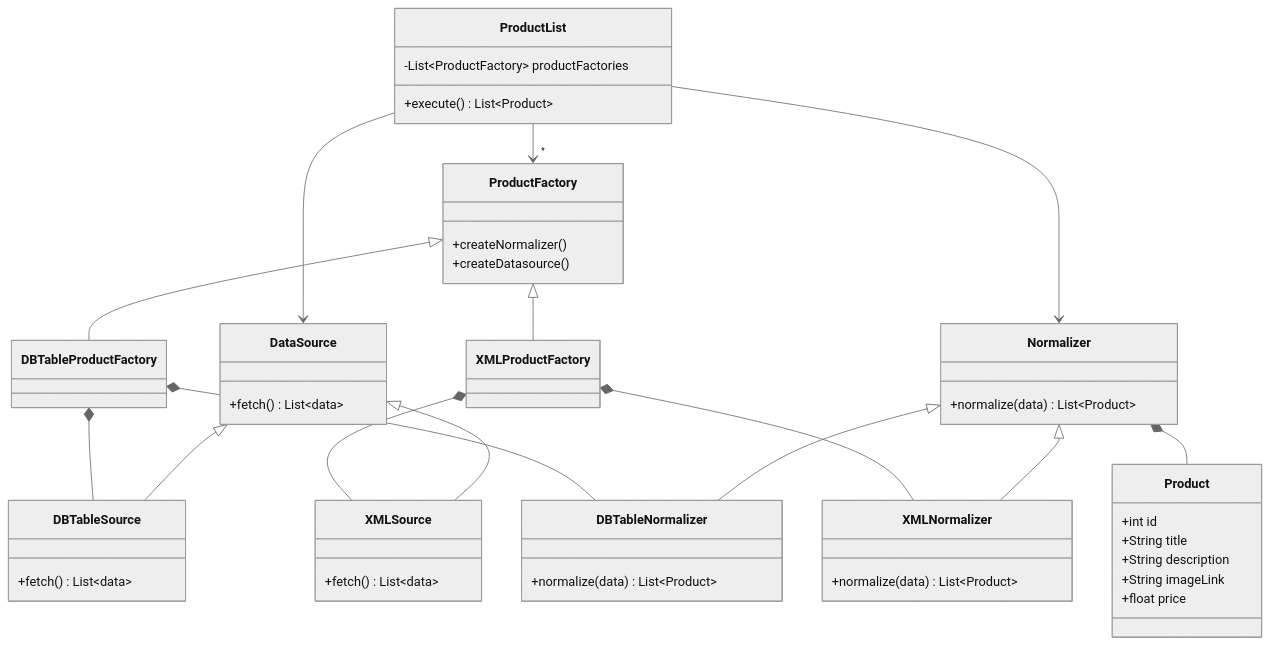
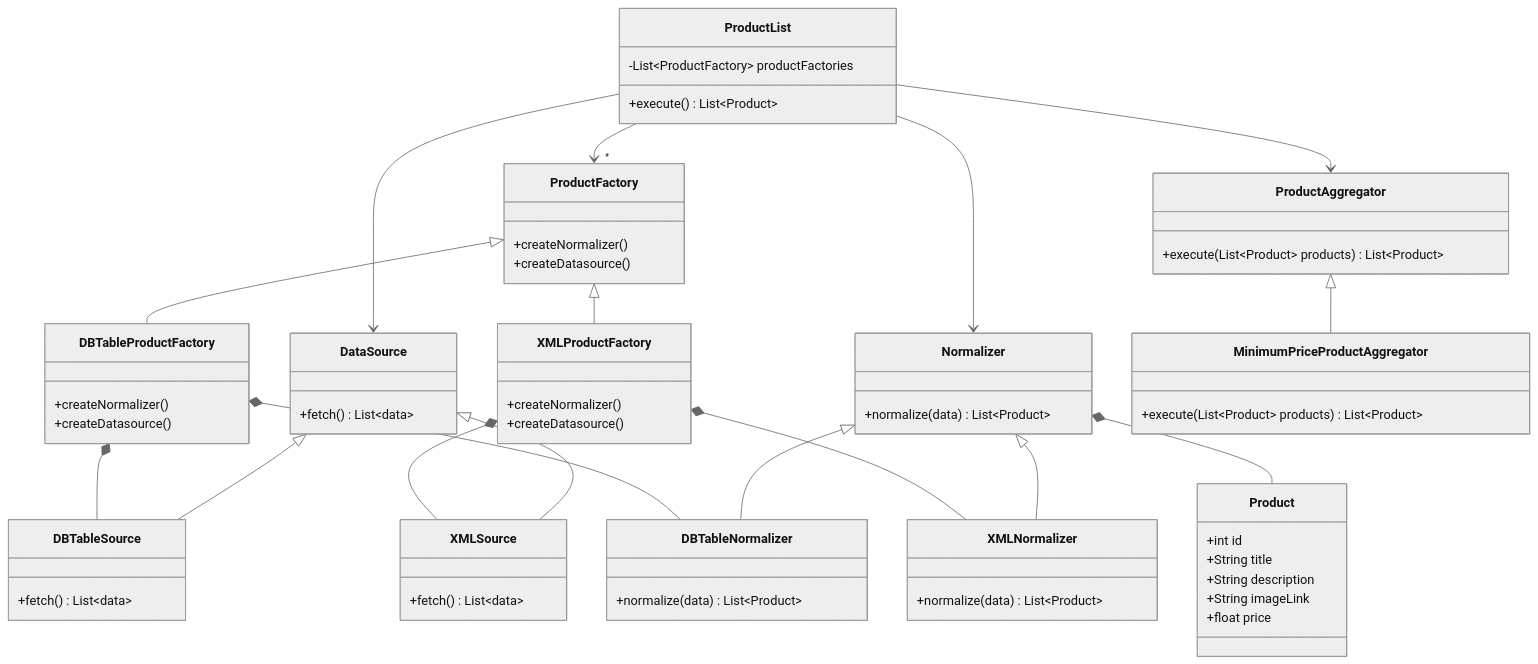
Before and after one commit to mithredate/factory-of-products: the first of 3 diagrams in README.md, drawn with Mermaid (neutral theme). The commit also changed other lines of this file, not shown here.

Commit message:
Support product aggregation

````diff
--- a/README.md
+++ b/README.md
@@ -6,62 +6,82 @@
 ```mermaid
 classDiagram
     class Product {
         +int id
         +String title
         +String description
         +String imageLink
         +float price
     }
 
     class DataSource {
         +fetch() List~data~
     }
 
+    DataSource <|-- DBTableSource
+    DataSource <|-- XMLSource
+
     class DBTableSource {
         +fetch() List~data~
     }
 
     class XMLSource {
         +fetch() List~data~
     }
 
     class Normalizer {
         +normalize(data) List~Product~
     }
+
+    Normalizer <|-- DBTableNormalizer
+    Normalizer <|-- XMLNormalizer
 
     class DBTableNormalizer {
         +normalize(data) List~Product~
     }
 
     class XMLNormalizer {
         +normalize(data) List~Product~
     }
 
     class ProductFactory {
         +createNormalizer()
         +createDatasource()
     }
 
-    class DBTableProductFactory
-    class XMLProductFactory
+    ProductFactory <|-- DBTableProductFactory
+    ProductFactory <|-- XMLProductFactory
+
+    class DBTableProductFactory {
+        +createNormalizer()
+        +createDatasource()
+    }
+    class XMLProductFactory {
+        +createNormalizer()
+        +createDatasource()
+    }
+    
+    class ProductAggregator {
+        +execute(List~Product~ products) List~Product~
+    }
+    
+    class MinimumPriceProductAggregator {
+        +execute(List~Product~ products) List~Product~
+    }
+    
+    ProductAggregator <|-- MinimumPriceProductAggregator
 
     class ProductList {
         +execute() List~Product~
         -List~ProductFactory~ productFactories
     }
 
     Normalizer *-- Product
-    Normalizer <|-- DBTableNormalizer
-    Normalizer <|-- XMLNormalizer
-    DataSource <|-- DBTableSource
-    DataSource <|-- XMLSource
     DBTableProductFactory *-- DBTableSource
     DBTableProductFactory *-- DBTableNormalizer
     XMLProductFactory *-- XMLSource
     XMLProductFactory *-- XMLNormalizer
-    ProductFactory <|-- DBTableProductFactory
-    ProductFactory <|-- XMLProductFactory
     ProductList --> "*" ProductFactory
     ProductList --> DataSource
     ProductList --> Normalizer
+    ProductList --> ProductAggregator
 ```
````
